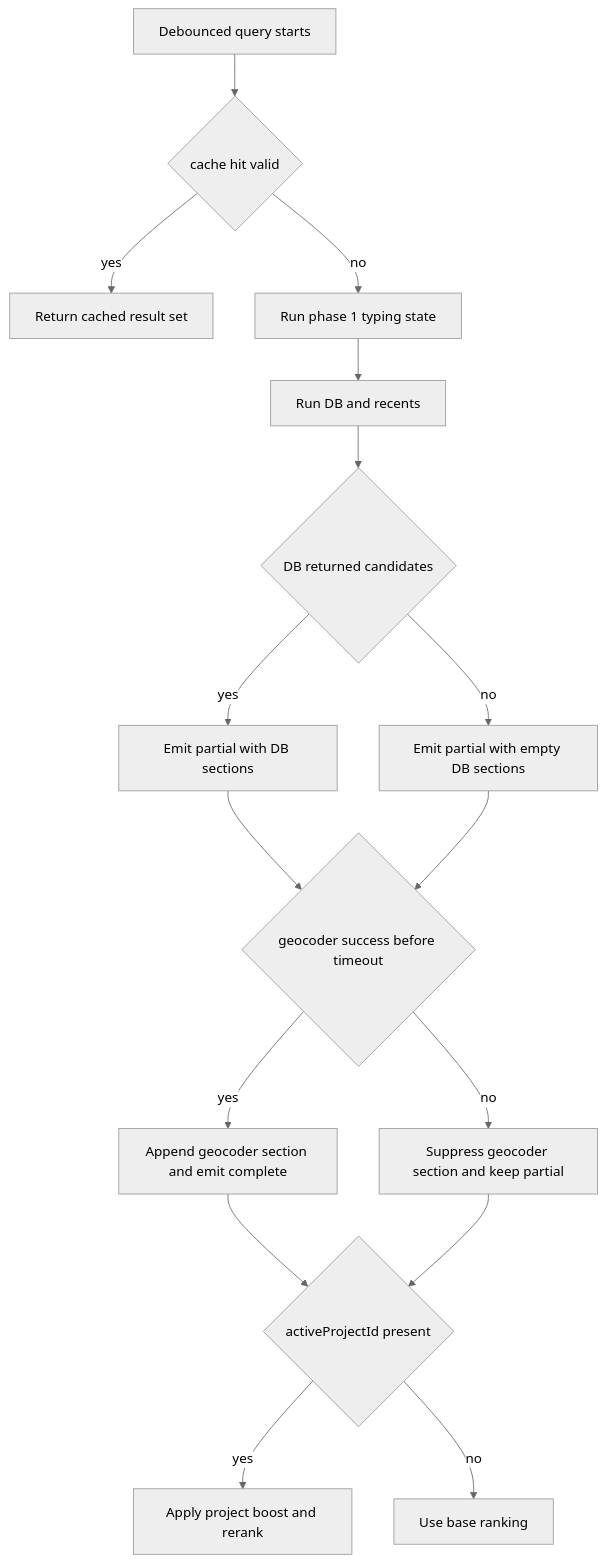
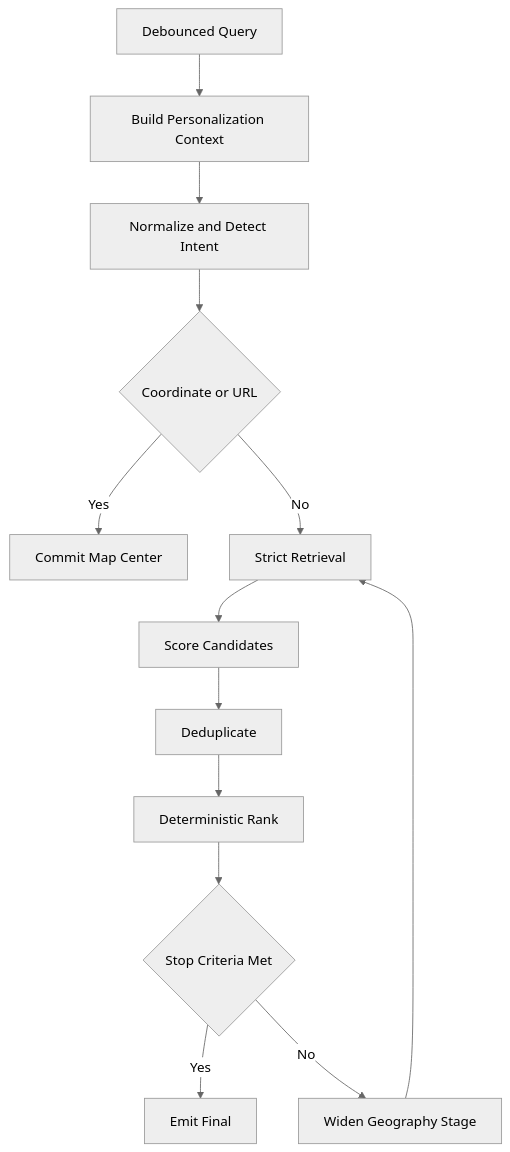
The first of 8 diagrams in docs/element-specs/search-bar-data-and-service.md (matkleve/feldpost), drawn with Mermaid (neutral theme) before and after one commit. The commit also changed other lines of this file and 65 other files, not shown here.

````diff
--- a/docs/element-specs/search-bar-data-and-service.md
+++ b/docs/element-specs/search-bar-data-and-service.md
@@ -31,21 +32,15 @@
 ```mermaid
 flowchart TD
-  A[Debounced query starts] --> B{cache hit valid}
-  B -- yes --> C[Return cached result set]
-  B -- no --> D[Run phase 1 typing state]
-
-  D --> E[Run DB and recents]
-  E --> F{DB returned candidates}
-  F -- yes --> G[Emit partial with DB sections]
-  F -- no --> H[Emit partial with empty DB sections]
-
-  G --> I{geocoder success before timeout}
-  H --> I
-  I -- yes --> J[Append geocoder section and emit complete]
-  I -- no --> K[Suppress geocoder section and keep partial]
-
-  J --> L{activeProjectId present}
-  K --> L
-  L -- yes --> M[Apply project boost and rerank]
-  L -- no --> N[Use base ranking]
+    A[Debounced Query] --> B[Build Personalization Context]
+    B --> C[Normalize and Detect Intent]
+    C --> D{Coordinate or URL}
+    D -- Yes --> E[Commit Map Center]
+    D -- No --> F[Strict Retrieval]
+    F --> G[Score Candidates]
+    G --> H[Deduplicate]
+    H --> I[Deterministic Rank]
+    I --> J{Stop Criteria Met}
+    J -- Yes --> K[Emit Final]
+    J -- No --> L[Widen Geography Stage]
+    L --> F
 ```
````
